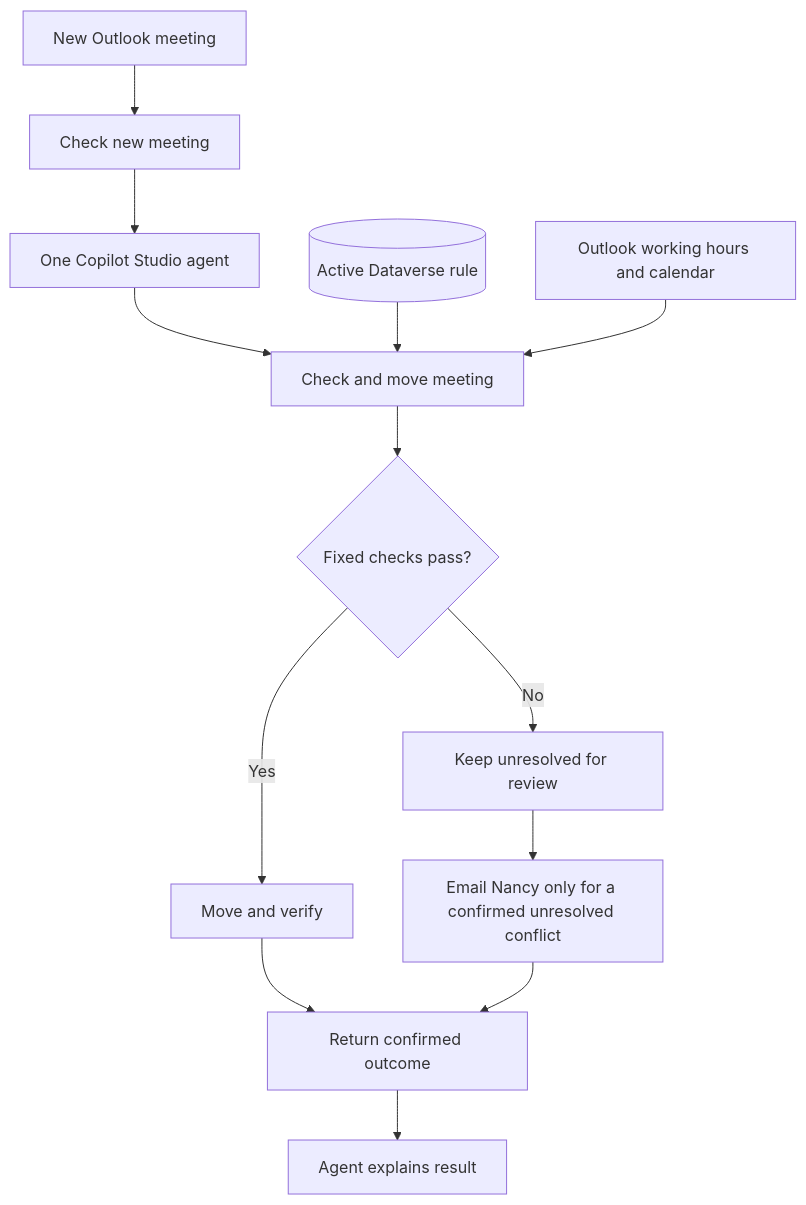
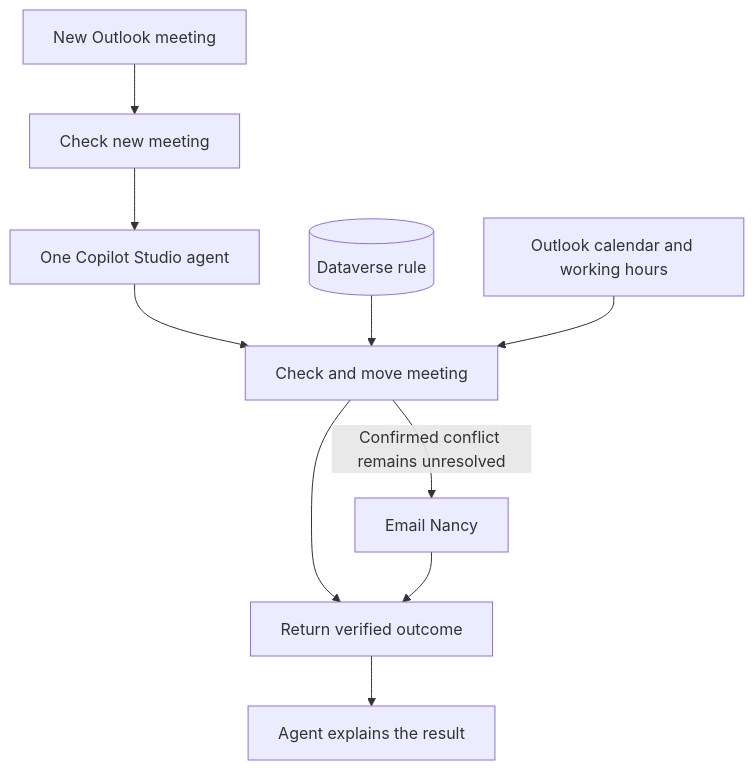
Before and after one commit to aandino-zava/zava-exm-meeting-concierge: the diagram in README.md, drawn with Mermaid. The commit also changed other lines of this file and 45 other files, not shown here.

````diff
--- a/README.md
+++ b/README.md
@@ -17,15 +15,12 @@
 ```mermaid
 flowchart TD
     O[New Outlook meeting] --> T[Check new meeting]
     T --> A[One Copilot Studio agent]
     A --> F[Check and move meeting]
-    D[(Active Dataverse rule)] --> F
-    H[Outlook working hours and calendar] --> F
-    F --> C{Fixed checks pass?}
-    C -->|Yes| W[Move and verify]
-    C -->|No| N[Keep unresolved for review]
-    W --> R[Return confirmed outcome]
-    N --> E[Email Nancy only for a confirmed unresolved conflict]
-    E --> R
-    R --> X[Agent explains result]
+    D[(Dataverse rule)] --> F
+    C[Outlook calendar and working hours] --> F
+    F --> R[Return verified outcome]
+    F -->|Confirmed conflict remains unresolved| N[Email Nancy]
+    N --> R
+    R --> E[Agent explains the result]
 ```
````
